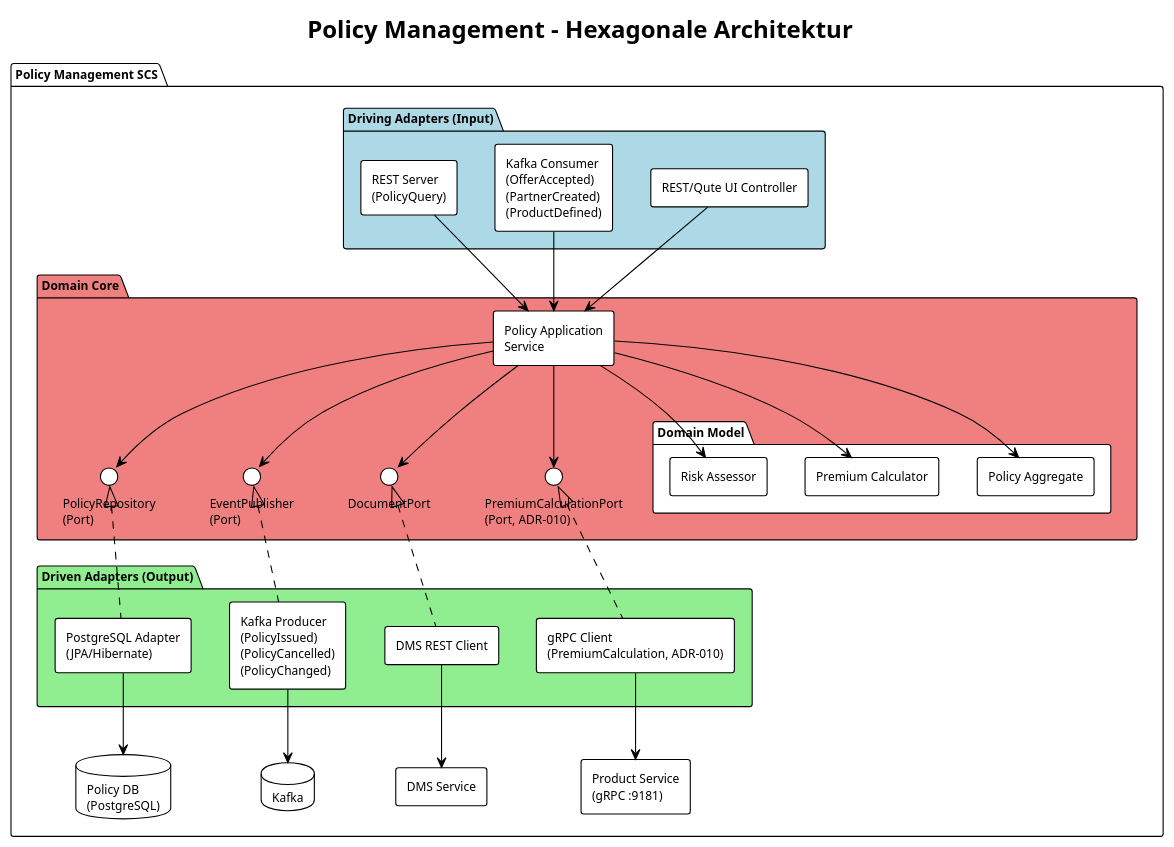
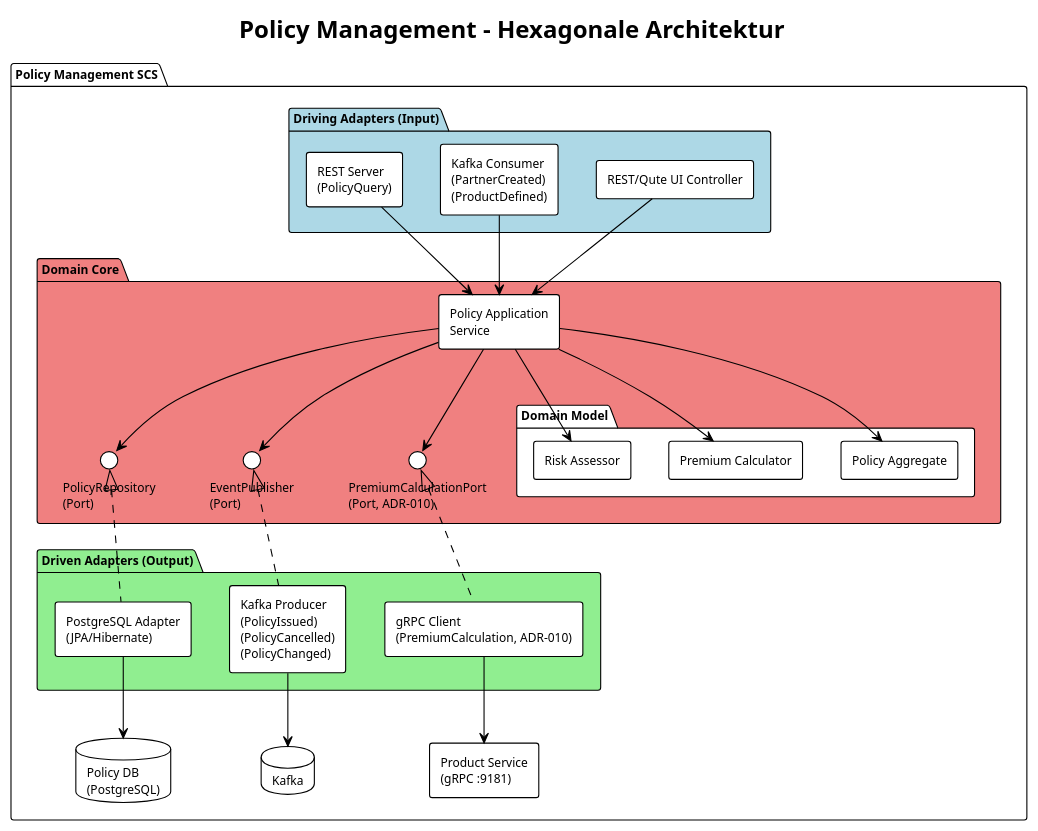
One commit to LukasW/datamesh changed the fifth of 16 diagrams in specs/arc42.md. Above: the diagram before and after it, drawn with PlantUML. The commit also changed other lines of this file and 70 other files, not shown here.

````diff
--- a/specs/arc42.md
+++ b/specs/arc42.md
@@ -400,66 +372,60 @@
 ```plantuml
 @startuml baustein-policy
 !theme plain
 skinparam defaultFontSize 11
 skinparam componentStyle rectangle
 
 title Policy Management – Hexagonale Architektur
 
 package "Policy Management SCS" {
 
   package "Driving Adapters (Input)" #LightBlue {
     [REST/Qute UI Controller] as UI
-    [Kafka Consumer\n(OfferAccepted)\n(PartnerCreated)\n(ProductDefined)] as KCONS
+    [Kafka Consumer\n(PartnerCreated)\n(ProductDefined)] as KCONS
     [REST Server\n(PolicyQuery)] as REST_IN
   }
 
   package "Domain Core" #LightCoral {
     [Policy Application\nService] as APP
     package "Domain Model" {
       [Policy Aggregate] as POL_AGG
       [Premium Calculator] as PREM
       [Risk Assessor] as RISK
     }
     interface "PolicyRepository\n(Port)" as REPO_PORT
     interface "EventPublisher\n(Port)" as EVENT_PORT
-    interface "DocumentPort" as DOC_PORT
     interface "PremiumCalculationPort\n(Port, ADR-010)" as PREM_PORT
   }
 
   package "Driven Adapters (Output)" #LightGreen {
     [PostgreSQL Adapter\n(JPA/Hibernate)] as DB_ADAPT
     [Kafka Producer\n(PolicyIssued)\n(PolicyCancelled)\n(PolicyChanged)] as KPROD
-    [DMS REST Client] as DMS_ADAPT
     [gRPC Client\n(PremiumCalculation, ADR-010)] as GRPC_ADAPT
   }
 
   database "Policy DB\n(PostgreSQL)" as POLDB
   database "Kafka" as KAFKA
-  component "DMS Service" as DMS
   component "Product Service\n(gRPC :9181)" as PRODSVC
 }
 
 UI --> APP
 KCONS --> APP
 REST_IN --> APP
 
 APP --> POL_AGG
 APP --> PREM
 APP --> RISK
 APP --> REPO_PORT
 APP --> EVENT_PORT
-APP --> DOC_PORT
 APP --> PREM_PORT
 
 REPO_PORT <|.. DB_ADAPT
 EVENT_PORT <|.. KPROD
-DOC_PORT <|.. DMS_ADAPT
 PREM_PORT <|.. GRPC_ADAPT
 
 DB_ADAPT --> POLDB
 KPROD --> KAFKA
-DMS_ADAPT --> DMS
 GRPC_ADAPT --> PRODSVC
 
 @enduml
 ```
````
